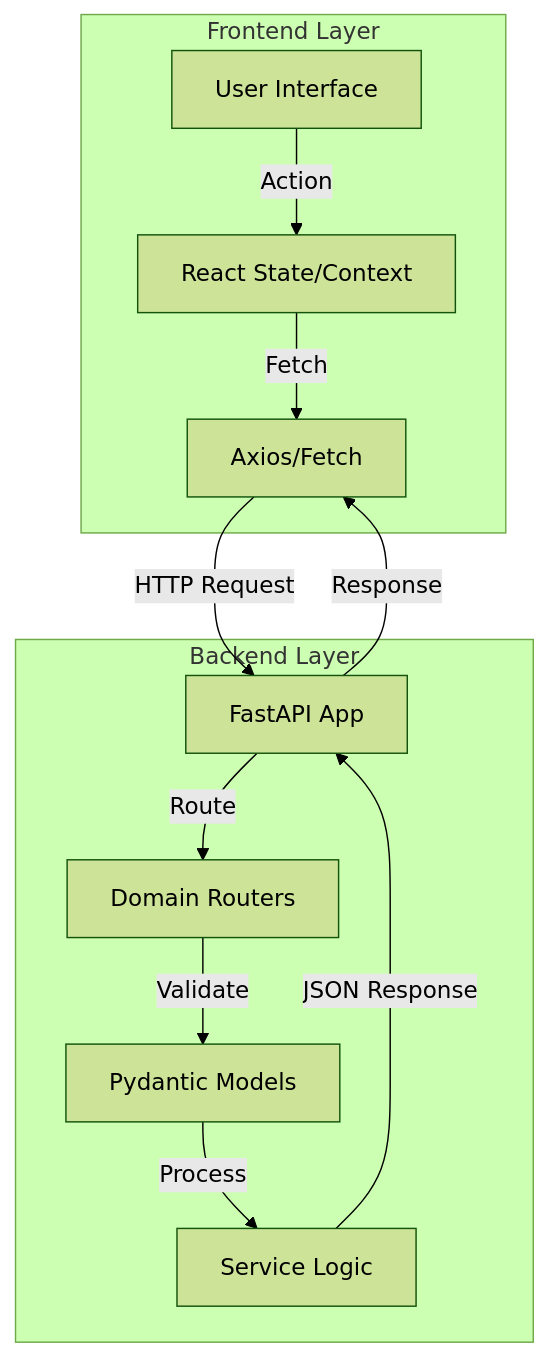
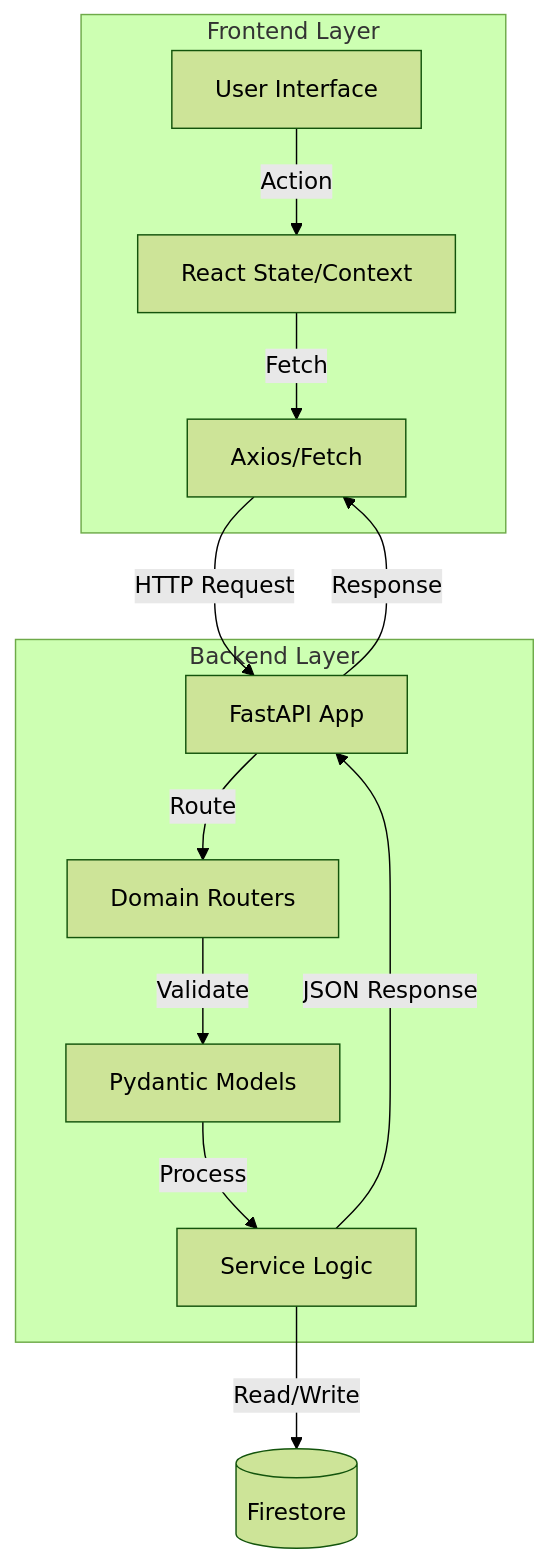
Before and after one commit to Developer-Sahil/portfolio-system: the diagram in README.md, drawn with Mermaid (forest theme). The commit also changed other lines of this file, not shown here.

````diff
--- a/README.md
+++ b/README.md
@@ -172,17 +64,18 @@
 ```mermaid
 graph TD
     subgraph Client [Frontend Layer]
         UI[User Interface] -->|Action| State[React State/Context]
         State -->|Fetch| API_Client[Axios/Fetch]
     end
 
     subgraph Server [Backend Layer]
         API_Client -->|HTTP Request| Main[FastAPI App]
         Main -->|Route| Router[Domain Routers]
         Router -->|Validate| Schema[Pydantic Models]
         Schema -->|Process| Logic[Service Logic]
     end
 
+    Logic -->|Read/Write| DB[(Firestore)]
     Logic -->|JSON Response| Main
     Main -->|Response| API_Client
 ```
````
